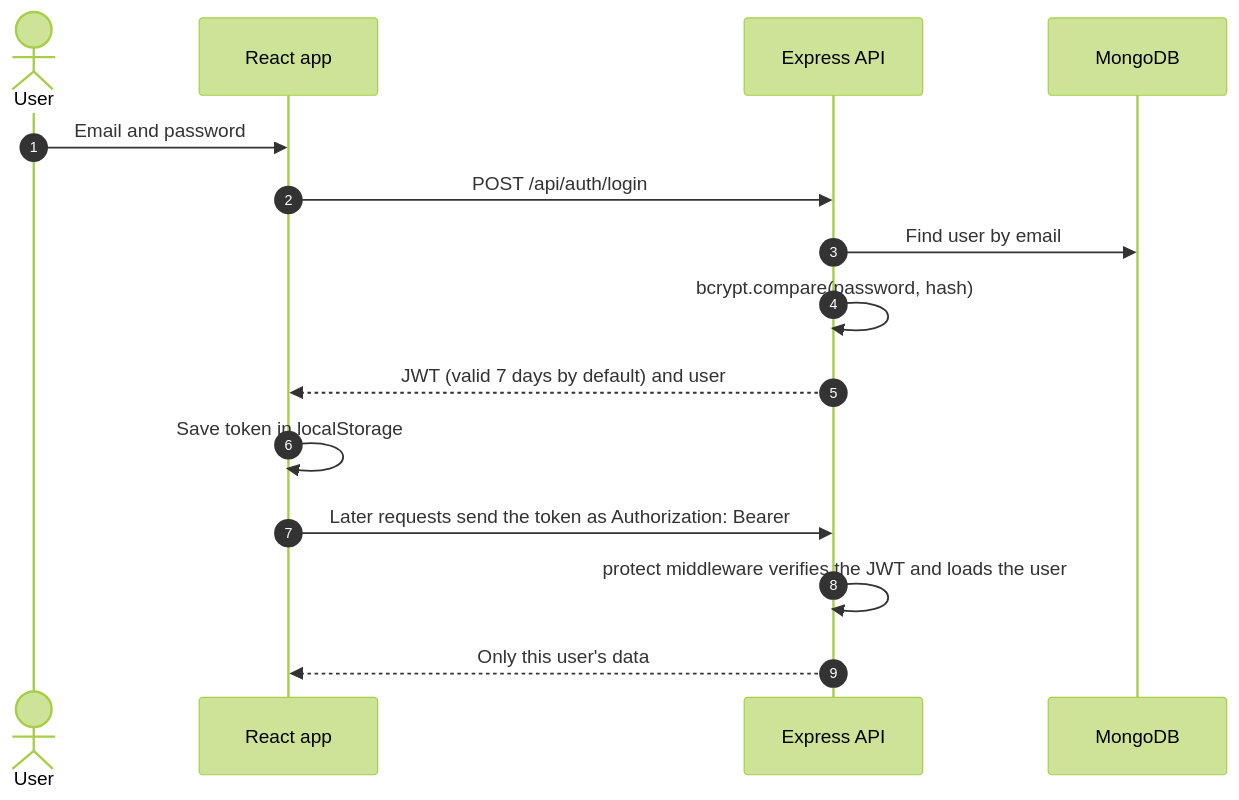
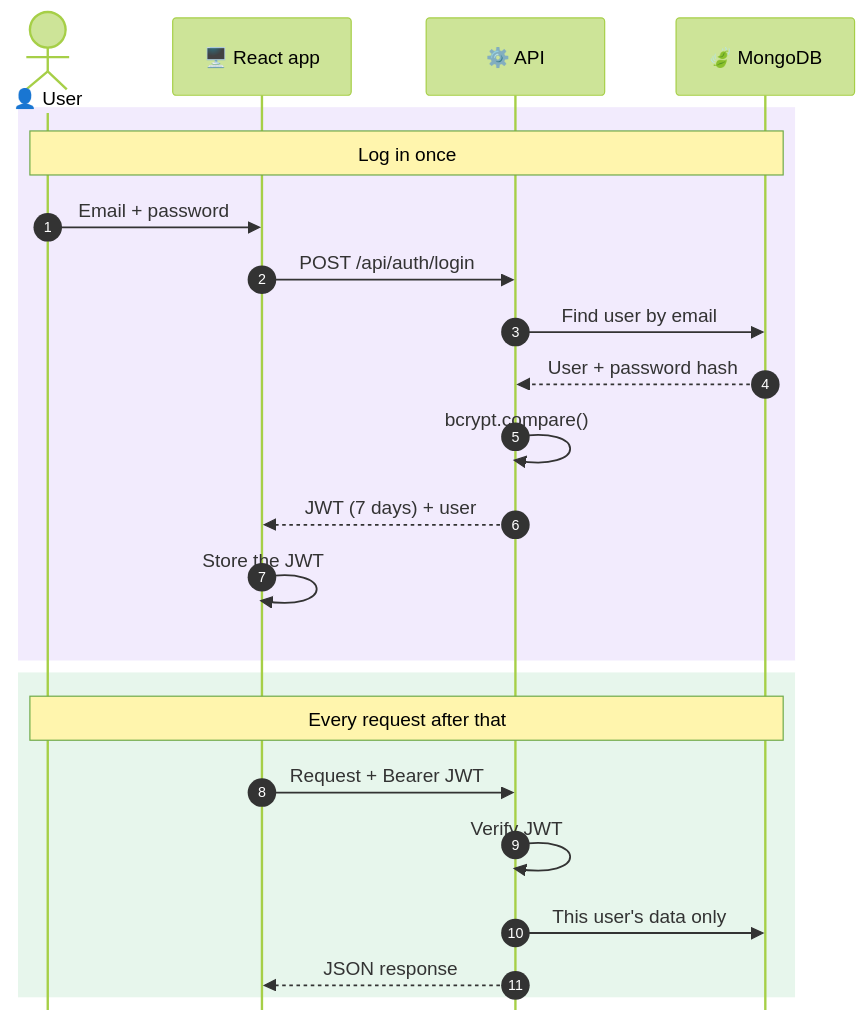
Before and after one commit to anurag-joshi-1403/Social_Sync_Webapp: the fourth of 12 diagrams in README.md, drawn with Mermaid (forest theme). The commit also changed other lines of this file, not shown here.

Commit message:
docs: update README to enhance architecture and system overview sections

````diff
--- a/README.md
+++ b/README.md
@@ -229,18 +261,28 @@
 ```mermaid
+%%{init: {"sequence": {"mirrorActors": false, "actorMargin": 30, "messageMargin": 40, "messageFontSize": 16, "noteFontSize": 16, "actorFontSize": 16}}}%%
 sequenceDiagram
     autonumber
-    actor U as User
-    participant R as React app
-    participant A as Express API
-    participant D as MongoDB
+    actor U as 👤 User
+    participant R as 🖥️ React app
+    participant A as ⚙️ API
+    participant D as 🍃 MongoDB
 
-    U->>R: Email and password
+    rect rgba(124, 58, 237, 0.10)
+    Note over U,D: Log in once
+    U->>R: Email + password
     R->>A: POST /api/auth/login
     A->>D: Find user by email
-    A->>A: bcrypt.compare(password, hash)
-    A-->>R: JWT (valid 7 days by default) and user
-    R->>R: Save token in localStorage
-    R->>A: Later requests send the token as Authorization: Bearer
-    A->>A: protect middleware verifies the JWT and loads the user
-    A-->>R: Only this user's data
+    D-->>A: User + password hash
+    A->>A: bcrypt.compare()
+    A-->>R: JWT (7 days) + user
+    R->>R: Store the JWT
+    end
+
+    rect rgba(22, 163, 74, 0.10)
+    Note over U,D: Every request after that
+    R->>A: Request + Bearer JWT
+    A->>A: Verify JWT
+    A->>D: This user's data only
+    A-->>R: JSON response
+    end
 ```
````
